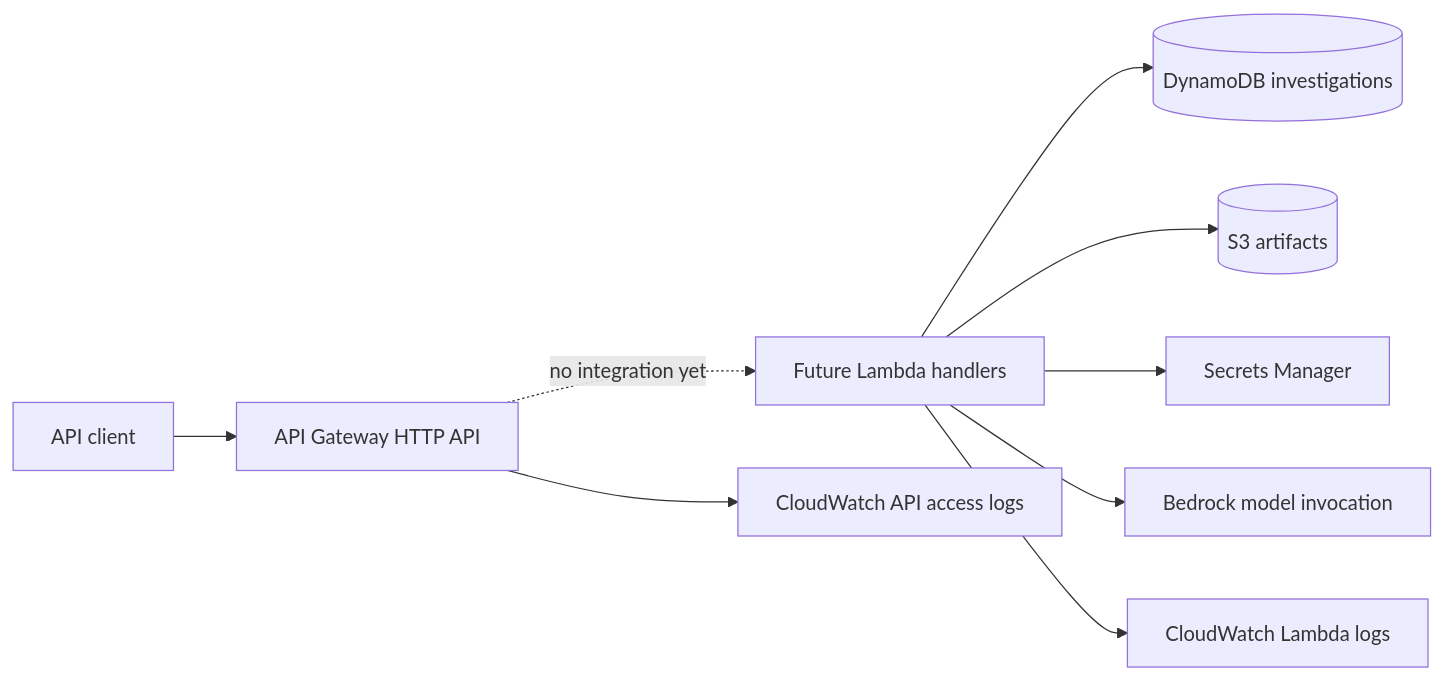
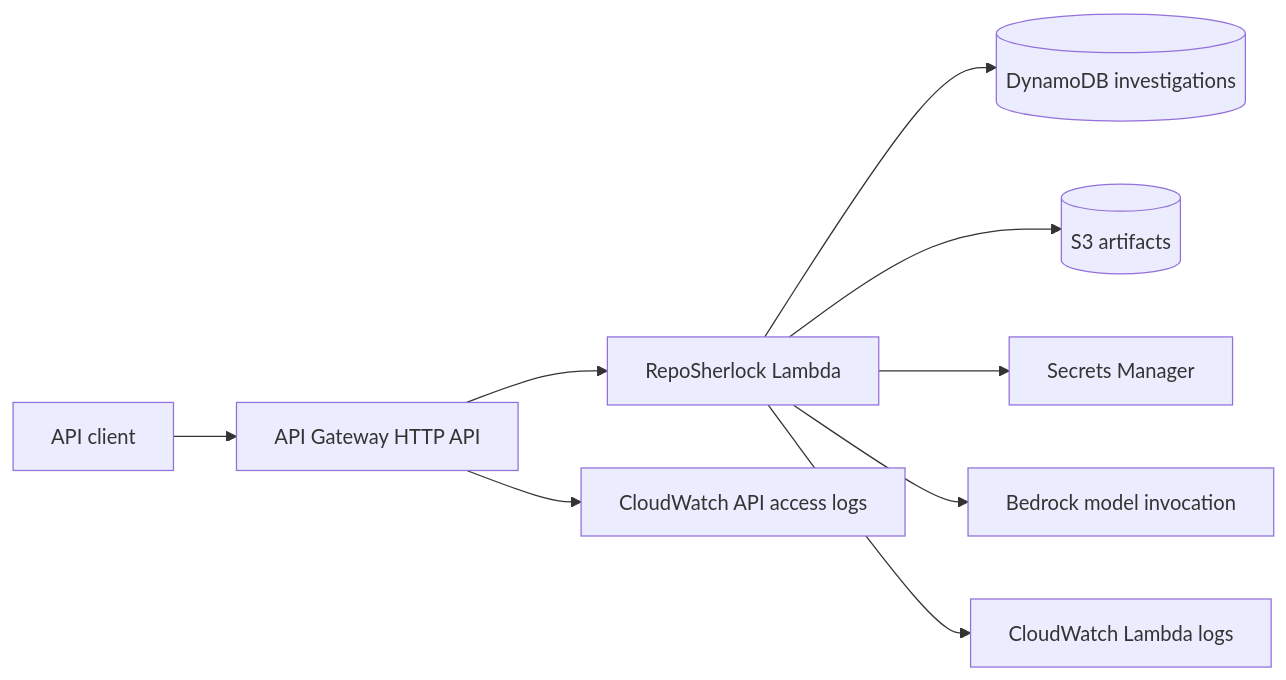
One commit to harshil6-lab/WeMakeDevs_RepoShareLock changed the first of 14 diagrams in flow.md. Above: the diagram before and after it, drawn with Mermaid. The commit also changed other lines of this file and 36 other files, not shown here.

First line of the commit message:
feat: deploy RepoSherlock to AWS and fix Lambda/DynamoDB integration

````diff
--- a/flow.md
+++ b/flow.md
@@ -5,11 +5,11 @@
 ```mermaid
 flowchart LR
   Client[API client] --> ApiGateway[API Gateway HTTP API]
-  ApiGateway -. no integration yet .-> Lambda[Future Lambda handlers]
+  ApiGateway --> Lambda[RepoSherlock Lambda]
   Lambda --> DDB[(DynamoDB investigations)]
   Lambda --> S3[(S3 artifacts)]
   Lambda --> Secrets[Secrets Manager]
   Lambda --> Bedrock[Bedrock model invocation]
   ApiGateway --> ApiLogs[CloudWatch API access logs]
   Lambda --> LambdaLogs[CloudWatch Lambda logs]
 ```
````
